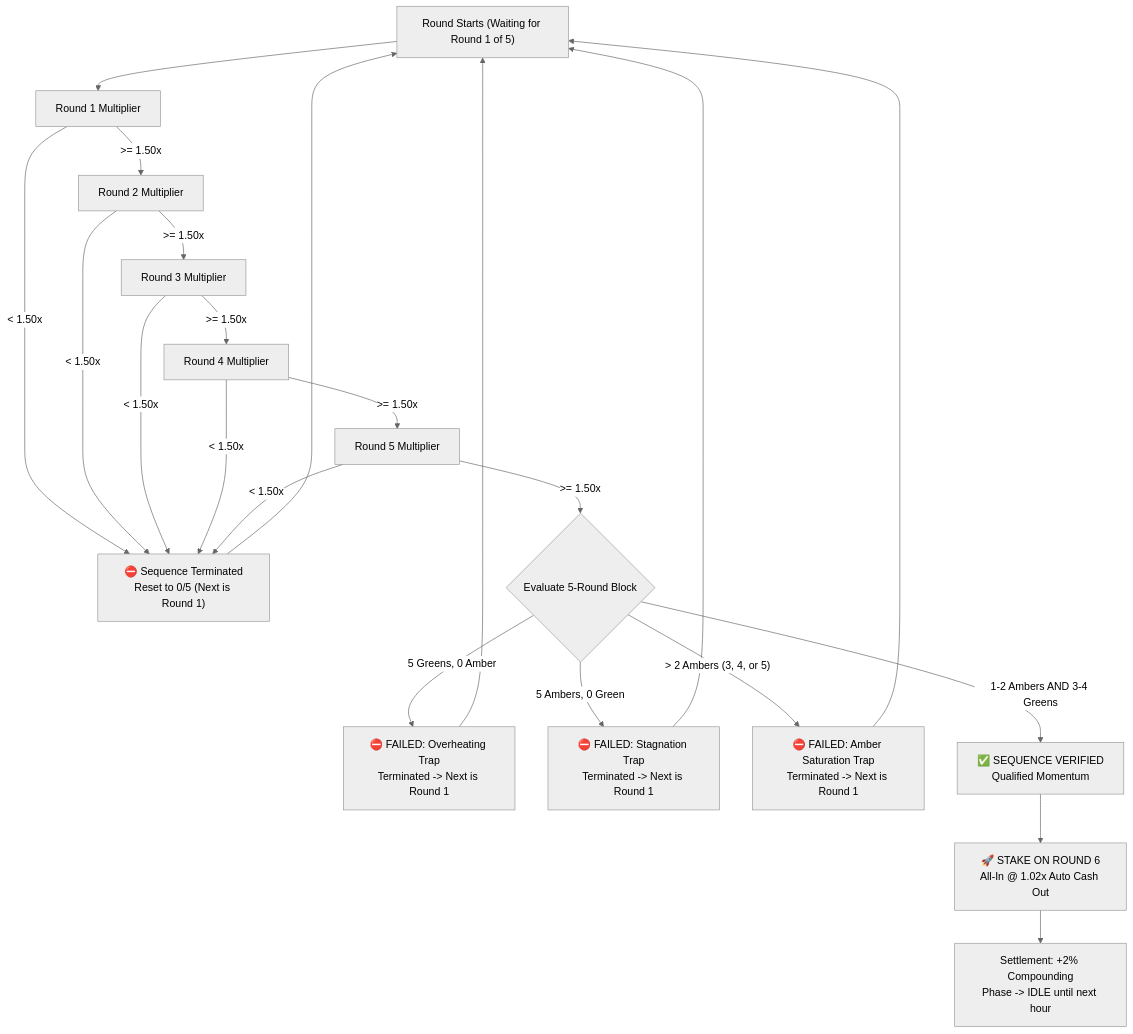
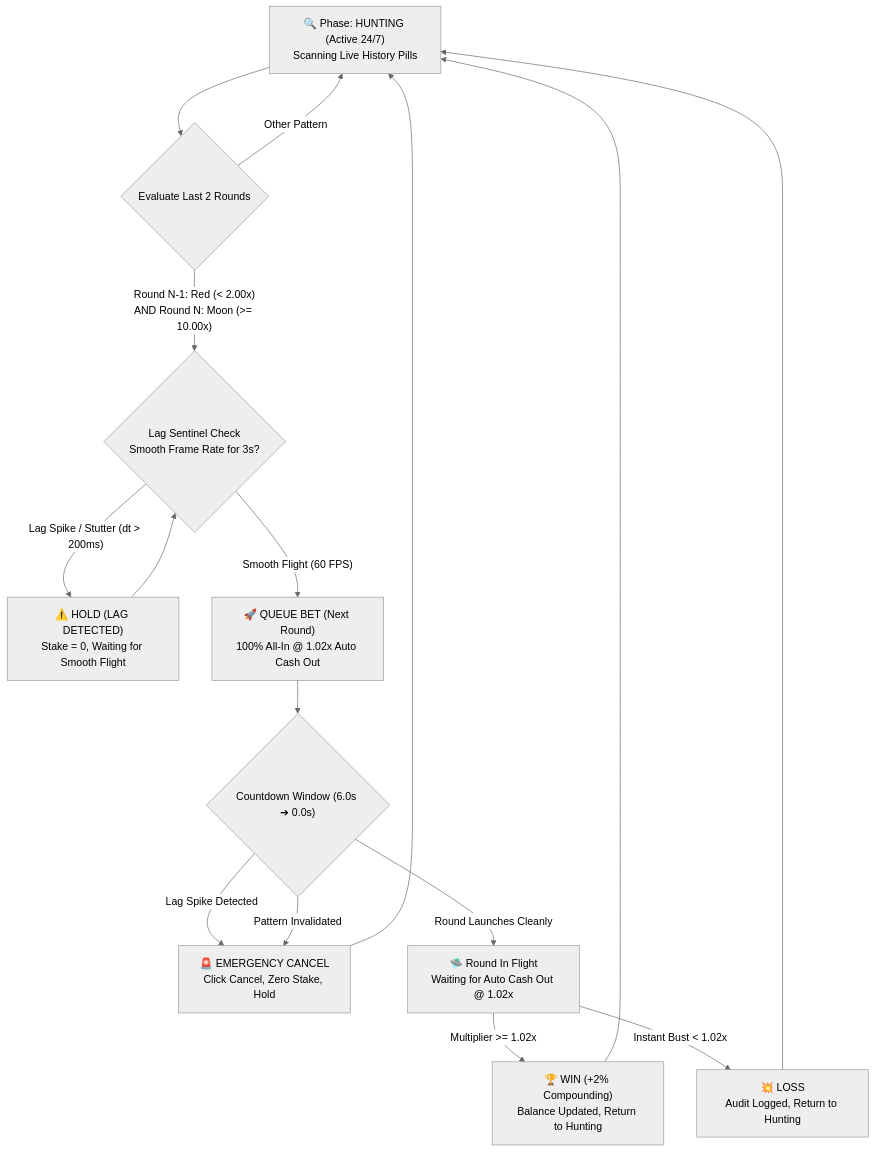
The diagram in skills/bc-game-crash-safebot/SKILL.md (IceCool30/bc-game-crash-safebot), drawn with Mermaid (neutral theme) before and after one commit. The commit also changed other lines of this file and 3 other files, not shown here.

Commit message:
feat: implement Red -> Moon continuous protocol, RAF lag sentinel, and emergency abort

````diff
--- a/skills/bc-game-crash-safebot/SKILL.md
+++ b/skills/bc-game-crash-safebot/SKILL.md
@@ -49,31 +49,26 @@
 ```mermaid
 flowchart TD
-    Start["Round Starts (Waiting for Round 1 of 5)"] --> R1["Round 1 Multiplier"]
-    R1 -- "< 1.50x" --> Reset["⛔ Sequence Terminated<br/>Reset to 0/5 (Next is Round 1)"]
-    R1 -- ">= 1.50x" --> R2["Round 2 Multiplier"]
+    Hunt["🔍 Phase: HUNTING (Active 24/7)<br/>Scanning Live History Pills"] --> Check{"Evaluate Last 2 Rounds"}
     
-    R2 -- "< 1.50x" --> Reset
-    R2 -- ">= 1.50x" --> R3["Round 3 Multiplier"]
+    Check -- "Round N-1: Red (< 2.00x)<br/>AND Round N: Moon (>= 10.00x)" --> LagCheck{"Lag Sentinel Check<br/>Smooth Frame Rate for 3s?"}
+    Check -- "Other Pattern" --> Hunt
     
-    R3 -- "< 1.50x" --> Reset
-    R3 -- ">= 1.50x" --> R4["Round 4 Multiplier"]
+    LagCheck -- "Lag Spike / Stutter (dt > 200ms)" --> LagHold["⚠️ HOLD (LAG DETECTED)<br/>Stake = 0, Waiting for Smooth Flight"]
+    LagHold --> LagCheck
     
-    R4 -- "< 1.50x" --> Reset
-    R4 -- ">= 1.50x" --> R5["Round 5 Multiplier"]
+    LagCheck -- "Smooth Flight (60 FPS)" --> QueueBet["🚀 QUEUE BET (Next Round)<br/>100% All-In @ 1.02x Auto Cash Out"]
     
-    R5 -- "< 1.50x" --> Reset
-    R5 -- ">= 1.50x" --> Eval{"Evaluate 5-Round Block"}
+    QueueBet --> CountdownWindow{"Countdown Window (6.0s ➔ 0.0s)"}
     
-    Eval -- "5 Greens, 0 Amber" --> FailGreen["⛔ FAILED: Overheating Trap<br/>Terminated -> Next is Round 1"]
-    Eval -- "5 Ambers, 0 Green" --> FailAmber["⛔ FAILED: Stagnation Trap<br/>Terminated -> Next is Round 1"]
-    Eval -- "> 2 Ambers (3, 4, or 5)" --> FailAmberCap["⛔ FAILED: Amber Saturation Trap<br/>Terminated -> Next is Round 1"]
-    Eval -- "1-2 Ambers AND 3-4 Greens" --> Pass["✅ SEQUENCE VERIFIED<br/>Qualified Momentum"]
+    CountdownWindow -- "Lag Spike Detected" --> Abort["🚨 EMERGENCY CANCEL<br/>Click Cancel, Zero Stake, Hold"]
+    CountdownWindow -- "Pattern Invalidated" --> Abort
+    Abort --> Hunt
     
-    Pass --> Bet["🚀 STAKE ON ROUND 6<br/>All-In @ 1.02x Auto Cash Out"]
-    Bet --> Settle["Settlement: +2% Compounding<br/>Phase -> IDLE until next hour"]
+    CountdownWindow -- "Round Launches Cleanly" --> Flight["🛸 Round In Flight<br/>Waiting for Auto Cash Out @ 1.02x"]
     
-    FailGreen --> Start
-    FailAmber --> Start
-    FailAmberCap --> Start
-    Reset --> Start
+    Flight -- "Multiplier >= 1.02x" --> Win["🏆 WIN (+2% Compounding)<br/>Balance Updated, Return to Hunting"]
+    Flight -- "Instant Bust < 1.02x" --> Loss["💥 LOSS<br/>Audit Logged, Return to Hunting"]
+    
+    Win --> Hunt
+    Loss --> Hunt
 ```
````
